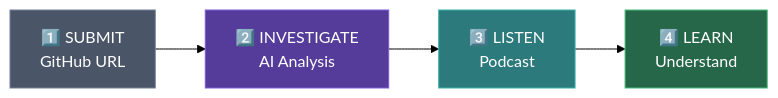
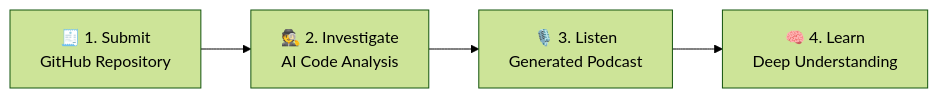
One commit to SoumyaEXE/Atlas-Forensic-Vault changed the second of 5 diagrams in README.md. Above: the diagram before and after it, drawn with Mermaid (forest theme). The commit also changed other lines of this file, not shown here.

````diff
--- a/README.md
+++ b/README.md
@@ -52,11 +61,6 @@
 ```mermaid
-graph LR
-    A[1️⃣ SUBMIT<br/>GitHub URL] --> B[2️⃣ INVESTIGATE<br/>AI Analysis]
-    B --> C[3️⃣ LISTEN<br/>Podcast]
-    C --> D[4️⃣ LEARN<br/>Understand]
-    
-    style A fill:#4a5568,stroke:#718096,color:#fff
-    style B fill:#553c9a,stroke:#805ad5,color:#fff
-    style C fill:#2c7a7b,stroke:#38b2ac,color:#fff
-    style D fill:#276749,stroke:#48bb78,color:#fff
+flowchart LR
+    A[🧾 1. Submit<br/>GitHub Repository] --> B[🕵️ 2. Investigate<br/>AI Code Analysis]
+    B --> C[🎙️ 3. Listen<br/>Generated Podcast]
+    C --> D[🧠 4. Learn<br/>Deep Understanding]
 ```
````
